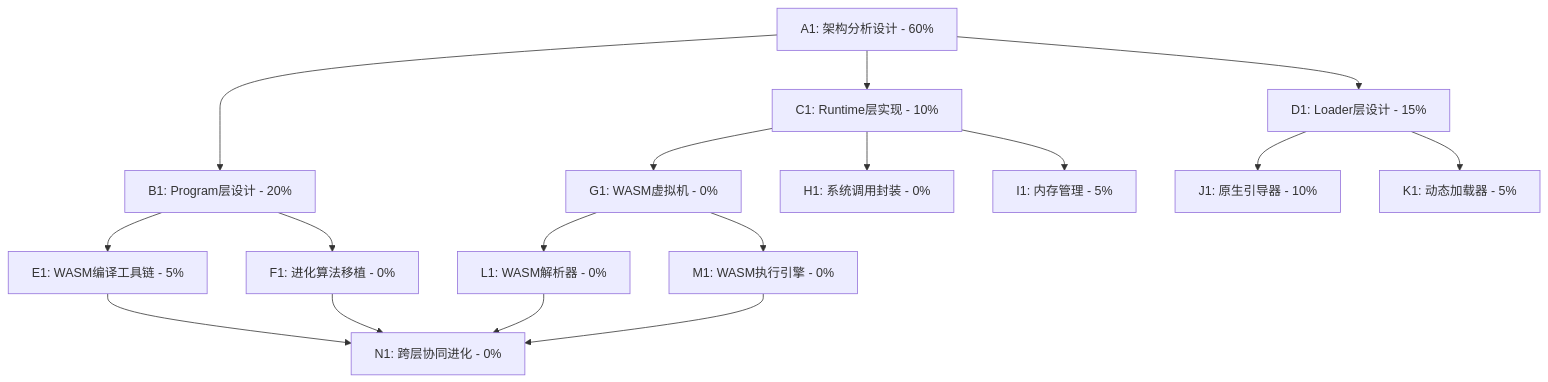
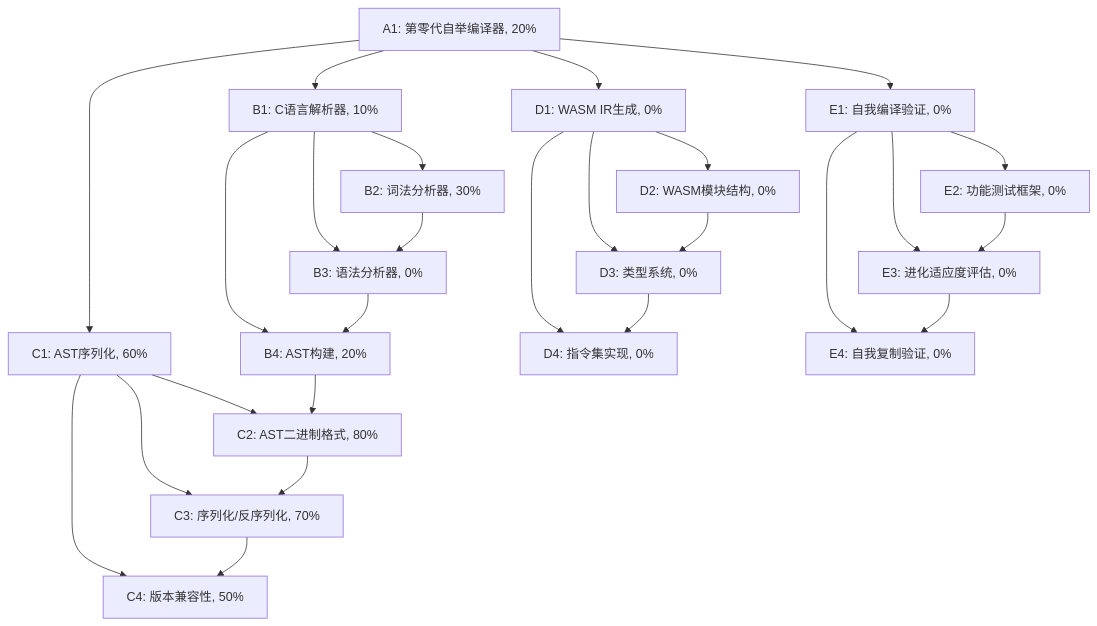
The diagram in aitasker.md (wanjochan/self-evolve-ai), drawn with Mermaid before and after one commit. The commit also changed other lines of this file and 9 other files, not shown here.

````diff
--- a/aitasker.md
+++ b/aitasker.md
@@ -9,24 +9,33 @@
 ```mermaid
 graph TD
-    A[A1: 架构分析设计 - 60%] --> B[B1: Program层设计 - 20%]
-    A --> C[C1: Runtime层实现 - 10%]
-    A --> D[D1: Loader层设计 - 15%]
+    A[A1: 第零代自举编译器, 20%] --> B[B1: C语言解析器, 10%]
+    A --> C[C1: AST序列化, 60%]
+    A --> D[D1: WASM IR生成, 0%]
+    A --> E[E1: 自我编译验证, 0%]
     
-    B --> E[E1: WASM编译工具链 - 5%]
-    B --> F[F1: 进化算法移植 - 0%]
+    B --> B2[B2: 词法分析器, 30%]
+    B --> B3[B3: 语法分析器, 0%]
+    B --> B4[B4: AST构建, 20%]
     
-    C --> G[G1: WASM虚拟机 - 0%]
-    C --> H[H1: 系统调用封装 - 0%]
-    C --> I[I1: 内存管理 - 5%]
+    C --> C2[C2: AST二进制格式, 80%]
+    C --> C3[C3: 序列化/反序列化, 70%]
+    C --> C4[C4: 版本兼容性, 50%]
     
-    D --> J[J1: 原生引导器 - 10%]
-    D --> K[K1: 动态加载器 - 5%]
+    D --> D2[D2: WASM模块结构, 0%]
+    D --> D3[D3: 类型系统, 0%]
+    D --> D4[D4: 指令集实现, 0%]
     
-    G --> L[L1: WASM解析器 - 0%]
-    G --> M[M1: WASM执行引擎 - 0%]
+    E --> E2[E2: 功能测试框架, 0%]
+    E --> E3[E3: 进化适应度评估, 0%]
+    E --> E4[E4: 自我复制验证, 0%]
     
-    E --> N[N1: 跨层协同进化 - 0%]
-    F --> N
-    L --> N
-    M --> N
+    B2 --> B3
+    B3 --> B4
+    B4 --> C2
+    C2 --> C3
+    C3 --> C4
+    D2 --> D3
+    D3 --> D4
+    E2 --> E3
+    E3 --> E4
 ```
````
